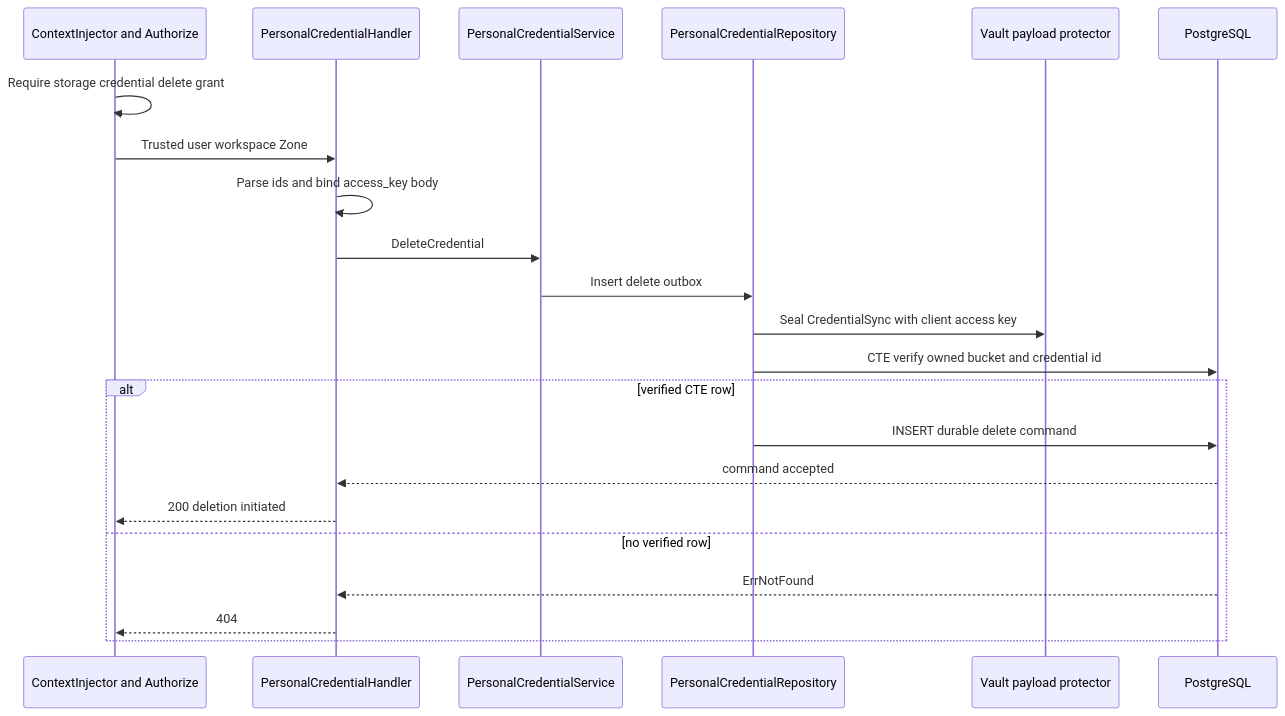
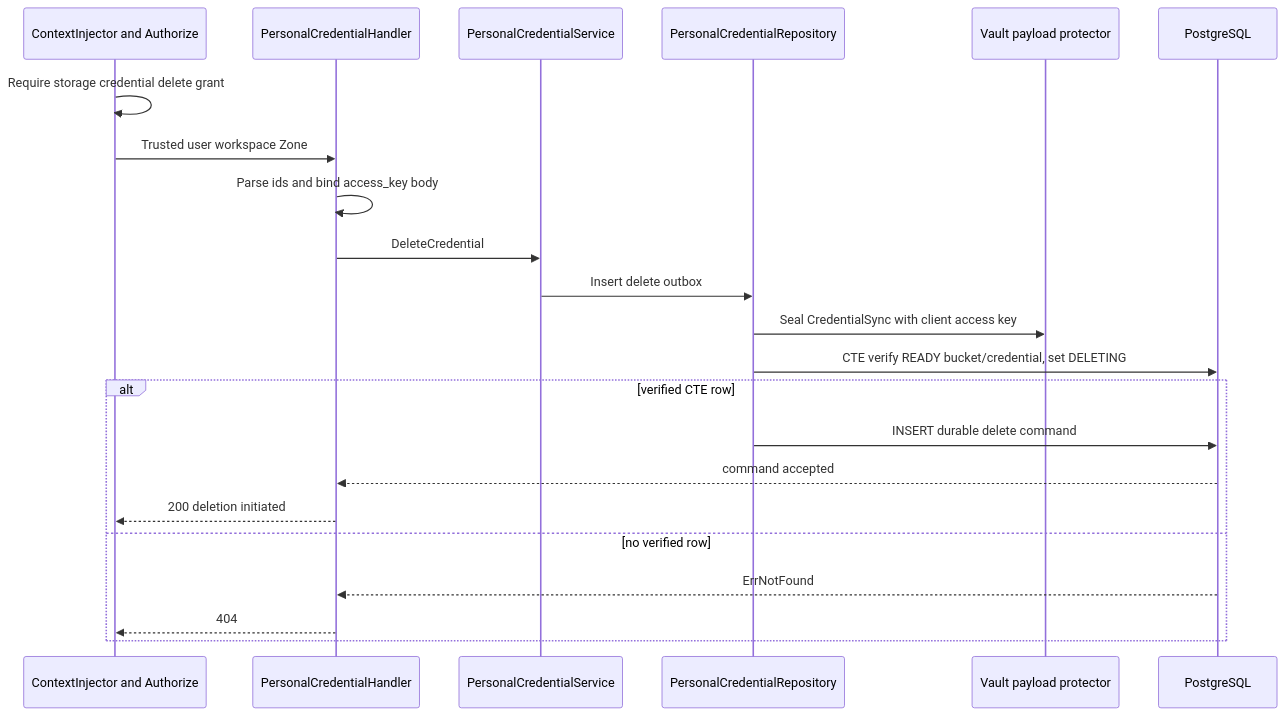
Before and after one commit to phucle996/aurora: the second of 4 diagrams in god_view/storage/personal_storage_credential_delete_god_view_workflow.md, drawn with Mermaid. The commit also changed other lines of this file and 195 other files, not shown here.

````diff
--- a/god_view/storage/personal_storage_credential_delete_god_view_workflow.md
+++ b/god_view/storage/personal_storage_credential_delete_god_view_workflow.md
@@ -100,25 +101,25 @@
 ```mermaid
 sequenceDiagram
     participant M as ContextInjector and Authorize
     participant H as PersonalCredentialHandler
     participant S as PersonalCredentialService
     participant R as PersonalCredentialRepository
     participant V as Vault payload protector
     participant PG as PostgreSQL
 
     M->>M: Require storage credential delete grant
     M->>H: Trusted user workspace Zone
     H->>H: Parse ids and bind access_key body
     H->>S: DeleteCredential
     S->>R: Insert delete outbox
     R->>V: Seal CredentialSync with client access key
-    R->>PG: CTE verify owned bucket and credential id
+    R->>PG: CTE verify READY bucket/credential, set DELETING
     alt verified CTE row
         R->>PG: INSERT durable delete command
         PG-->>H: command accepted
         H-->>M: 200 deletion initiated
     else no verified row
         PG-->>H: ErrNotFound
         H-->>M: 404
     end
 ```
````
